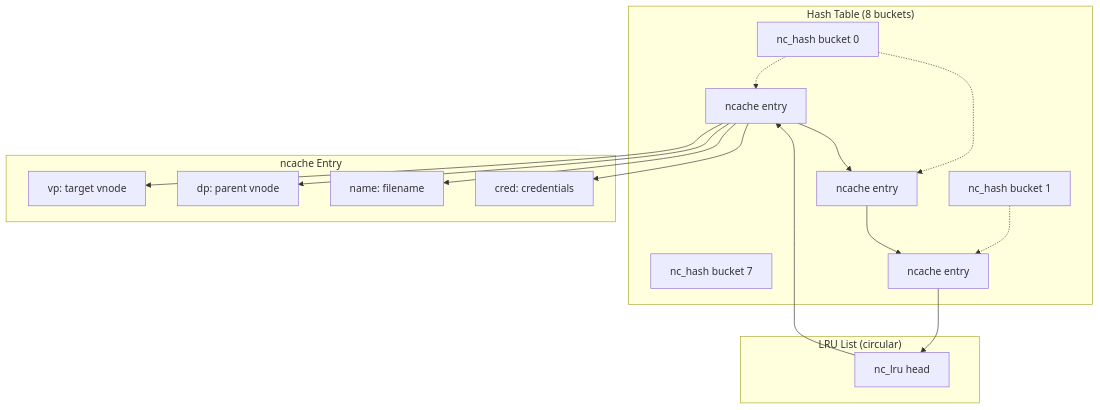
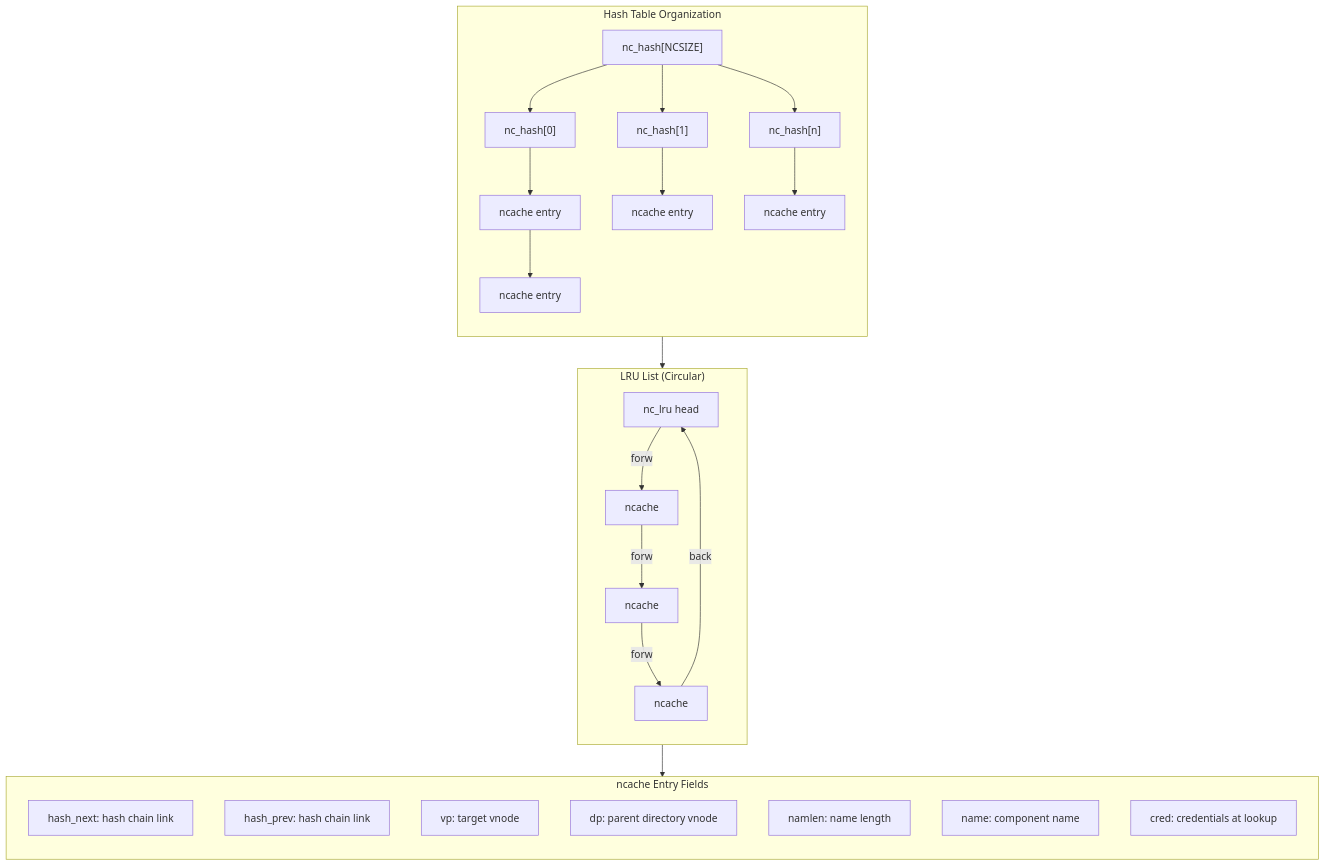
The diagram in diagrams/3.4-dnlc-structure.mmd (macsplit/unix_doc), drawn with Mermaid before and after one commit. The commit also changed 59 other files, not shown here.

Commit message:
adjusted diagrams sizes and split some diagrams into multiple

```diff
--- a/diagrams/3.4-dnlc-structure.mmd
+++ b/diagrams/3.4-dnlc-structure.mmd
@@ -1,23 +1,35 @@
-graph TD
-    subgraph "Hash Table (8 buckets)"
-        H0["nc_hash bucket 0"]
-        H1["nc_hash bucket 1"]
-        H7["nc_hash bucket 7"]
-        H0 -.-> E1[ncache entry]
-        H0 -.-> E2[ncache entry]
-        H1 -.-> E3[ncache entry]
+flowchart TD
+    subgraph HASH["Hash Table Organization"]
+        direction TB
+        HT["nc_hash[NCSIZE]"] --> H0["nc_hash[0]"]
+        H0 --> E1["ncache entry"]
+        E1 --> E2["ncache entry"]
+
+        HT --> H1["nc_hash[1]"]
+        H1 --> E3["ncache entry"]
+
+        HT --> Hn["nc_hash[n]"]
+        Hn --> E4["ncache entry"]
     end
 
-    subgraph "LRU List (circular)"
-        L[nc_lru head] --> E1
-        E1 --> E2
-        E2 --> E3
-        E3 --> L
+    subgraph LRU["LRU List (Circular)"]
+        direction TB
+        HEAD["nc_lru head"] --> |forw| N1["ncache"]
+        N1 --> |forw| N2["ncache"]
+        N2 --> |forw| N3["ncache"]
+        N3 --> |back| HEAD
     end
 
-    subgraph "ncache Entry"
-        E1 --> VP[vp: target vnode]
-        E1 --> DP[dp: parent vnode]
-        E1 --> NAME[name: filename]
-        E1 --> CRED[cred: credentials]
+    subgraph ENTRY["ncache Entry Fields"]
+        direction TB
+        F1["hash_next: hash chain link"]
+        F2["hash_prev: hash chain link"]
+        F3["vp: target vnode"]
+        F4["dp: parent directory vnode"]
+        F5["namlen: name length"]
+        F6["name: component name"]
+        F7["cred: credentials at lookup"]
     end
+
+    HASH --> LRU
+    LRU --> ENTRY
```
